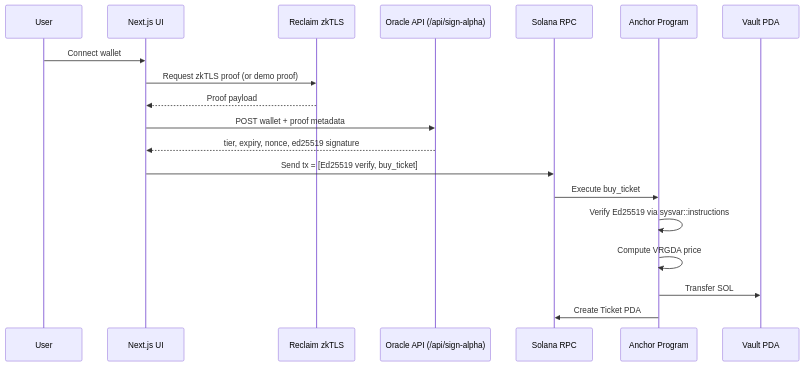
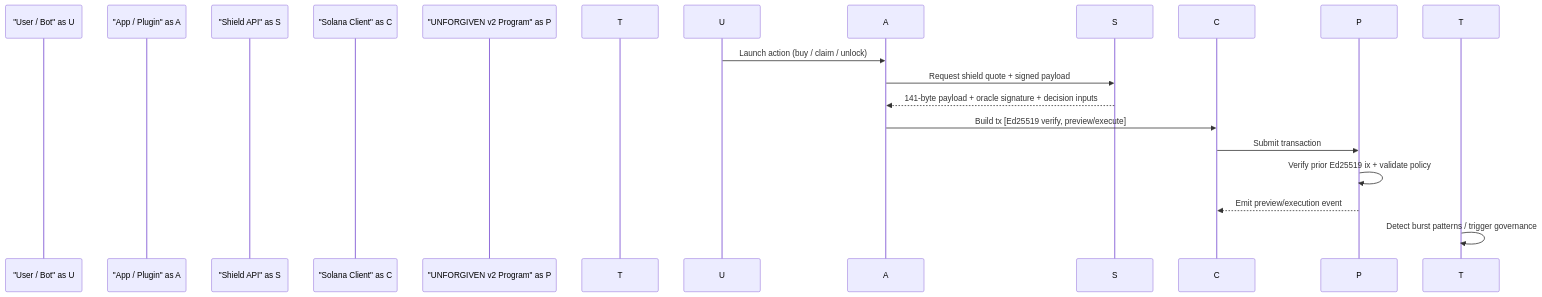
The diagram in README.md (ParetoRyuna/project-unforgiven-core), drawn with Mermaid before and after one commit. The commit also changed other lines of this file and 25 other files, not shown here.

Commit message:
feat: harden shield flow and refocus public docs

````diff
--- a/README.md
+++ b/README.md
@@ -49,22 +59,18 @@
 ```mermaid
 sequenceDiagram
-  participant User
-  participant UI as Next.js UI
-  participant Reclaim as Reclaim zkTLS
-  participant Oracle as Oracle API (/api/sign-alpha)
-  participant Solana as Solana RPC
-  participant Program as Anchor Program
-  participant Vault as Vault PDA
+  participant "User / Bot" as U
+  participant "App / Plugin" as A
+  participant "Shield API" as S
+  participant "Solana Client" as C
+  participant "UNFORGIVEN v2 Program" as P
+  participant "Sentinel" as T
 
-  User->>UI: Connect wallet
-  UI->>Reclaim: Request zkTLS proof (or demo proof)
-  Reclaim-->>UI: Proof payload
-  UI->>Oracle: POST wallet + proof metadata
-  Oracle-->>UI: tier, expiry, nonce, ed25519 signature
-  UI->>Solana: Send tx = [Ed25519 verify, buy_ticket]
-  Solana->>Program: Execute buy_ticket
-  Program->>Program: Verify Ed25519 via sysvar::instructions
-  Program->>Program: Compute VRGDA price
-  Program->>Vault: Transfer SOL
-  Program->>Solana: Create Ticket PDA
+  U->>A: Launch action (buy / claim / unlock)
+  A->>S: Request shield quote + signed payload
+  S-->>A: 141-byte payload + oracle signature + decision inputs
+  A->>C: Build tx [Ed25519 verify, preview/execute]
+  C->>P: Submit transaction
+  P->>P: Verify prior Ed25519 ix + validate policy
+  P-->>C: Emit preview/execution event
+  T->>T: Detect burst patterns / trigger governance
 ```
````
